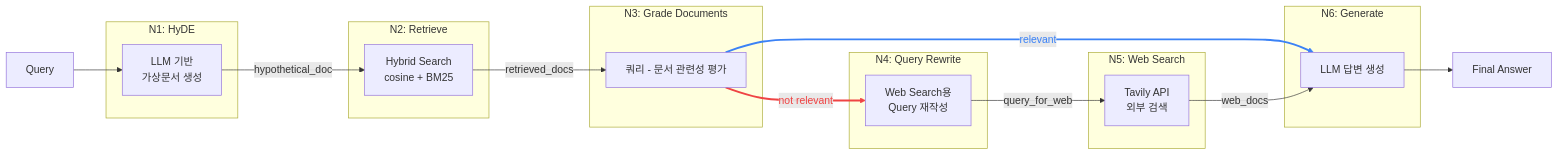
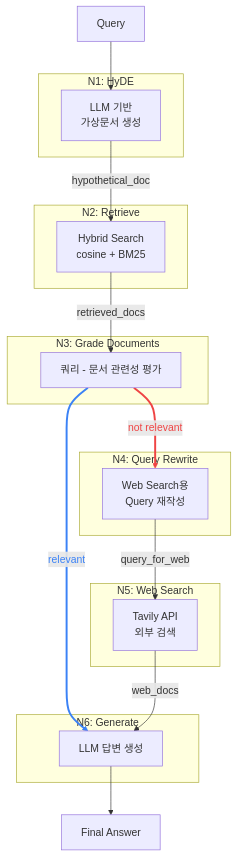
Before and after one commit to linkmind-ai/rag-project: the first of 3 diagrams in README.md, drawn with Mermaid.

Commit message:
fix: direction of pipeline diagram of README.md has been changed

````diff
--- a/README.md
+++ b/README.md
@@ -29,52 +29,52 @@
 ```mermaid
-flowchart LR
+flowchart TD
 
     %% Input
     A[Query]
 
     %% Subgraphs
     subgraph N1 [N1: HyDE]
         B[LLM 기반<br>가상문서 생성]
     end
 
     subgraph N2 [N2: Retrieve]
         C[Hybrid Search<br>cosine + BM25]
     end
 
     subgraph N3 [N3: Grade Documents]
         D[쿼리 - 문서 관련성 평가]
     end
 
     subgraph N4 [N4: Query Rewrite]
         E[Web Search용<br>Query 재작성]
     end
 
     subgraph N5 [N5: Web Search]
         F[Tavily API<br>외부 검색]
     end
 
     subgraph N6 [N6: Generate]
         G[LLM 답변 생성]
     end
 
     H[Final Answer]
 
     %% Flow
     A --> B
     B -->|hypothetical_doc| C
     C -->|retrieved_docs| D
 
     %% Branching
     D -->|relevant| G
     D -->|not relevant| E
 
     %% Web fallback
     E -->|query_for_web| F
     F -->|web_docs| G
 
     G --> H
 
     %% Edge coloring
     linkStyle 3 stroke:#3b82f6,stroke-width:3px,color:#3b82f6
     linkStyle 4 stroke:#ef4444,stroke-width:3px,color:#ef4444
 ```
````
